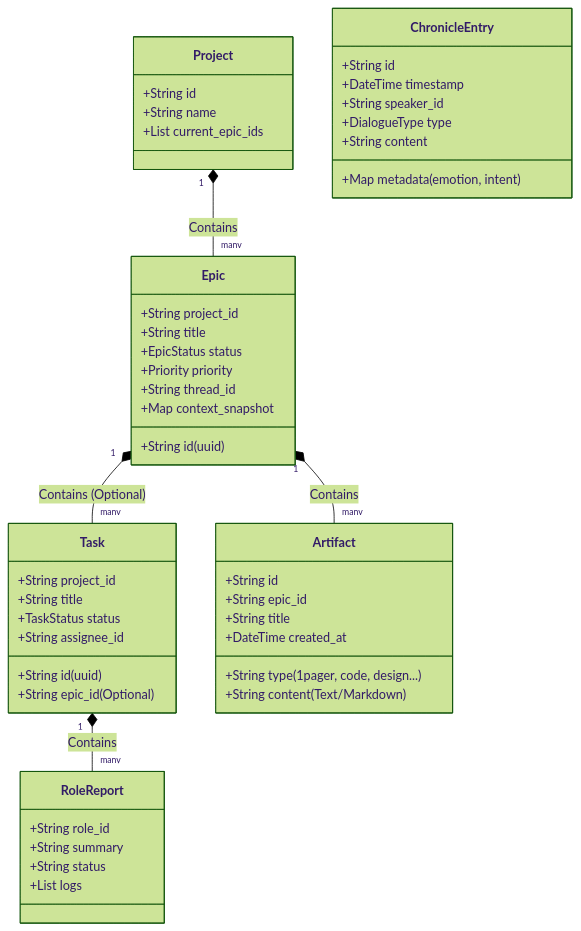
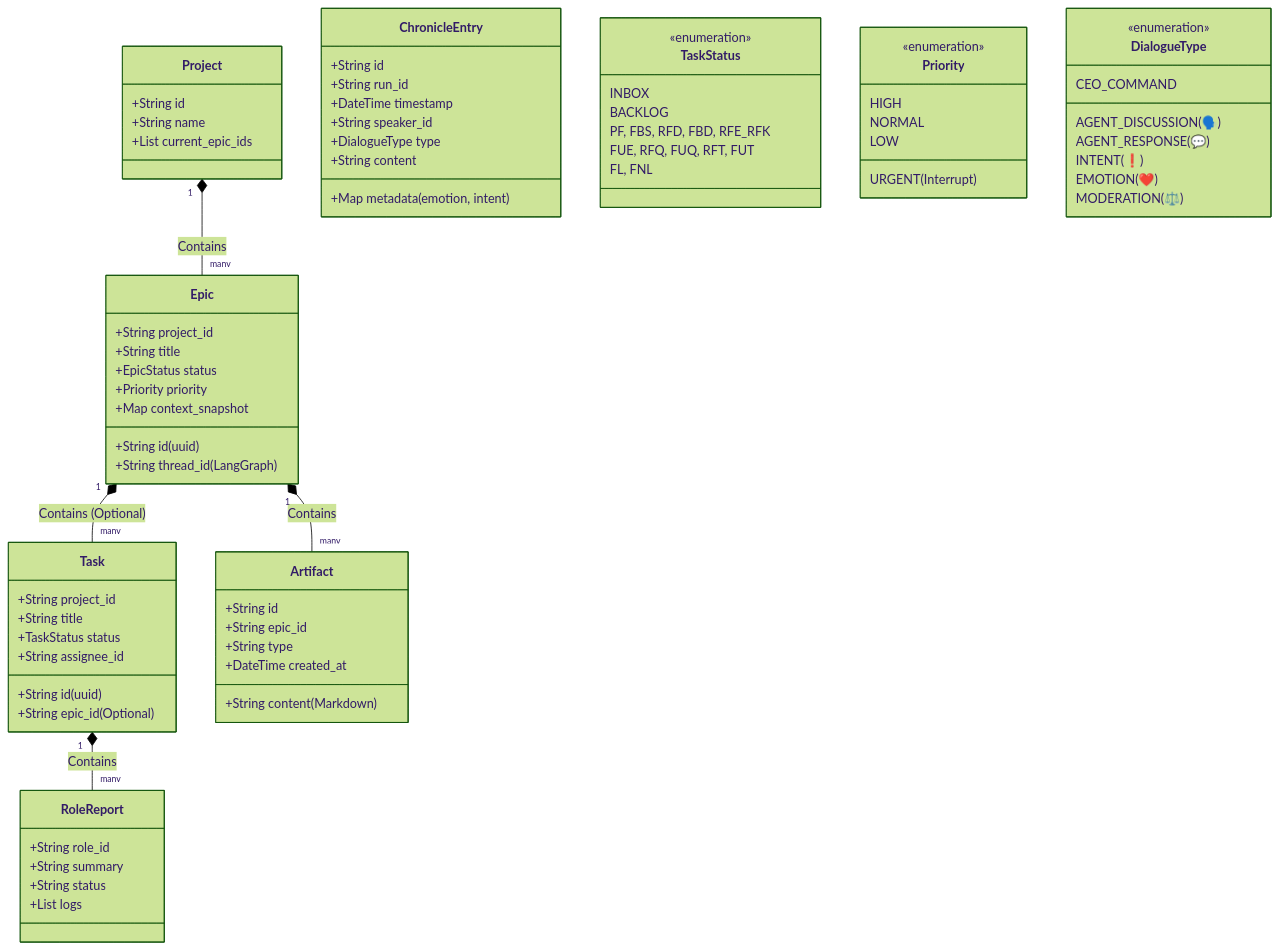
Before and after one commit to KyleL22/yuna-openclaw: the second of 3 diagrams in docs/core/process/SYSTEM_DESIGN_V1_0.md, drawn with Mermaid (forest theme). The commit also changed other lines of this file, not shown here.

Commit message:
Docs: Finalize System Design v15.5 (Restore 13-Steps Diagram & Clarify 11 Agents)

```diff
--- a/docs/core/process/SYSTEM_DESIGN_V1_0.md
+++ b/docs/core/process/SYSTEM_DESIGN_V1_0.md
@@ -94,7 +94,7 @@
         +String title
         +EpicStatus status
         +Priority priority
-        +String thread_id
+        +String thread_id (LangGraph)
         +Map context_snapshot
     }
 
@@ -110,9 +110,8 @@
     class Artifact {
         +String id
         +String epic_id
-        +String type (1pager, code, design...)
-        +String title
-        +String content (Text/Markdown)
+        +String type
+        +String content (Markdown)
         +DateTime created_at
     }
 
@@ -125,6 +124,7 @@
 
     class ChronicleEntry {
         +String id
+        +String run_id
         +DateTime timestamp
         +String speaker_id
         +DialogueType type
@@ -132,6 +132,34 @@
         +Map metadata (emotion, intent)
     }
 
+    %% Enums
+    class TaskStatus {
+        <<enumeration>>
+        INBOX
+        BACKLOG
+        PF, FBS, RFD, FBD, RFE_RFK
+        FUE, RFQ, FUQ, RFT, FUT
+        FL, FNL
+    }
+
+    class Priority {
+        <<enumeration>>
+        URGENT (Interrupt)
+        HIGH
+        NORMAL
+        LOW
+    }
+
+    class DialogueType {
+        <<enumeration>>
+        CEO_COMMAND
+        AGENT_DISCUSSION (🗣️)
+        AGENT_RESPONSE (💬)
+        INTENT (❗️)
+        EMOTION (❤️)
+        MODERATION (⚖️)
+    }
+
     Project "1" *-- "many" Epic : Contains
     Epic "1" *-- "many" Task : Contains (Optional)
     Epic "1" *-- "many" Artifact : Contains
```
